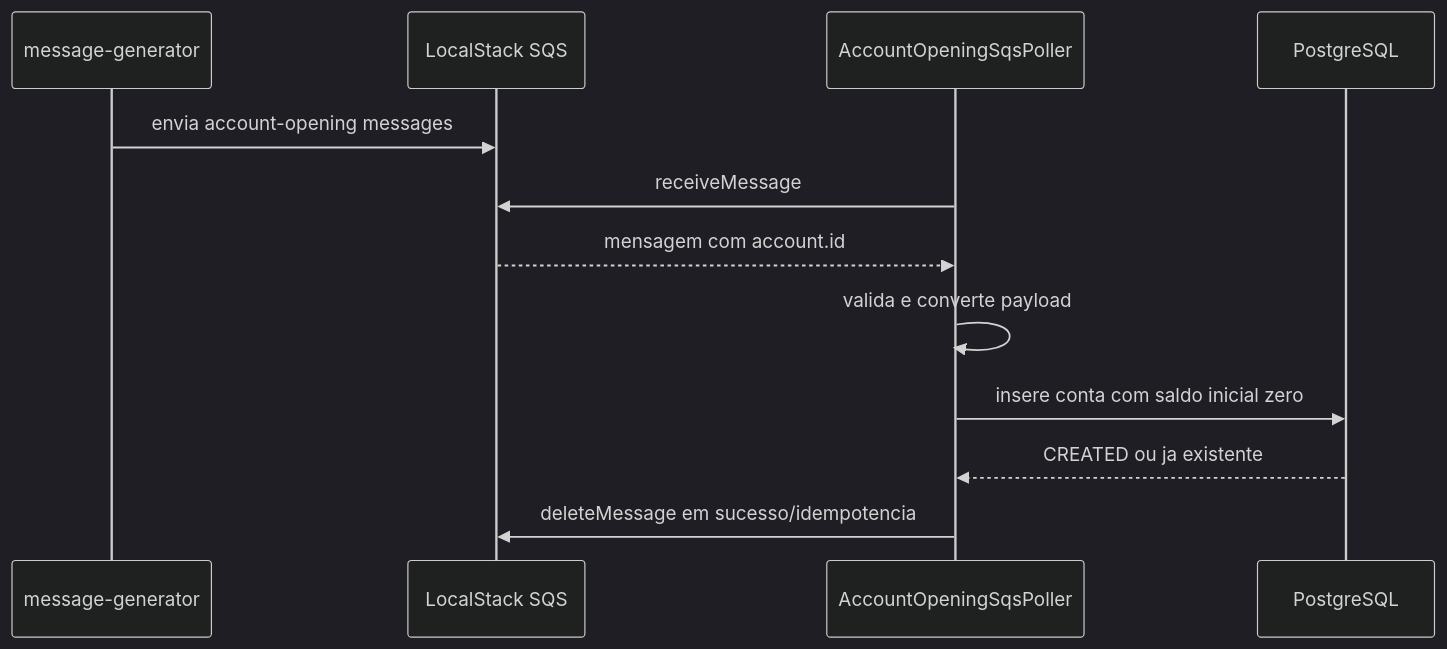
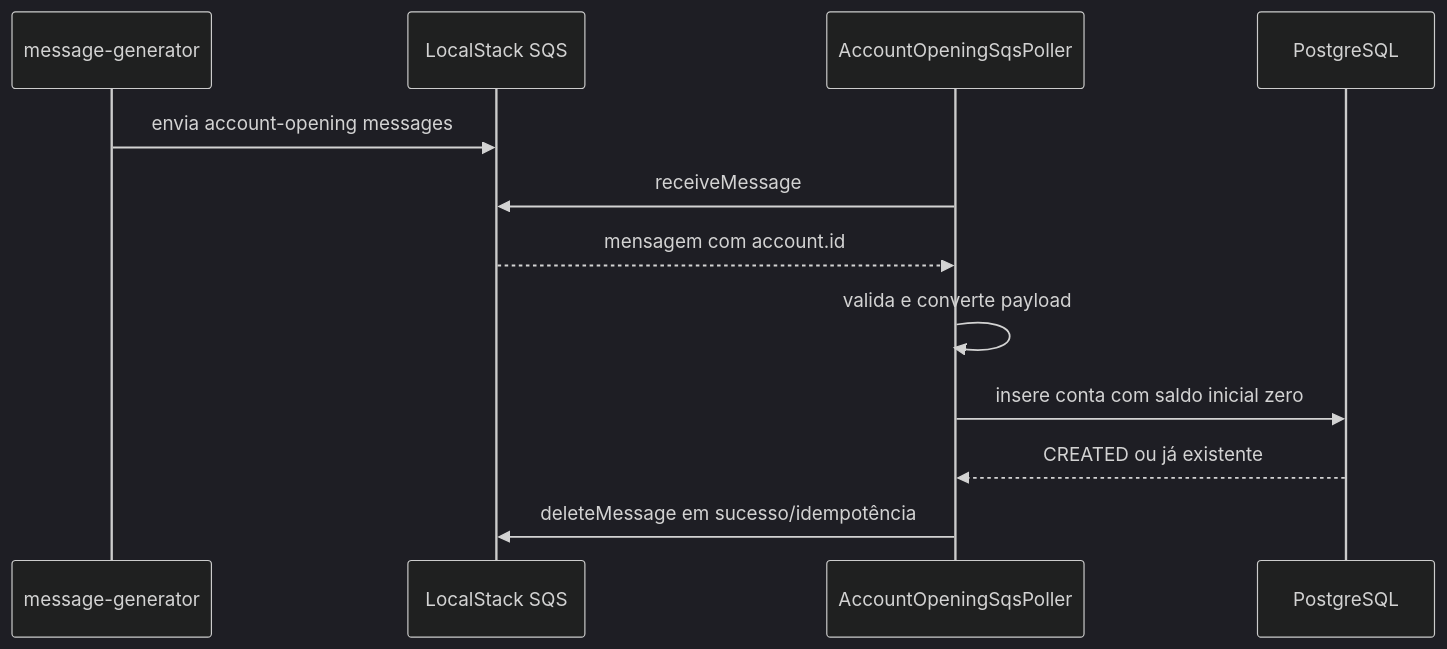
Before and after one commit to lstavares/account-movement-authorizer: the second of 4 diagrams in docs/architecture.md, drawn with Mermaid (dark theme). The commit also changed other lines of this file and 11 other files, not shown here.

````diff
--- a/docs/architecture.md
+++ b/docs/architecture.md
@@ -16,15 +16,15 @@
 ```mermaid
 sequenceDiagram
     participant Generator as message-generator
     participant SQS as LocalStack SQS
     participant App as AccountOpeningSqsPoller
     participant DB as PostgreSQL
 
     Generator->>SQS: envia account-opening messages
     App->>SQS: receiveMessage
     SQS-->>App: mensagem com account.id
     App->>App: valida e converte payload
     App->>DB: insere conta com saldo inicial zero
-    DB-->>App: CREATED ou ja existente
-    App->>SQS: deleteMessage em sucesso/idempotencia
+    DB-->>App: CREATED ou já existente
+    App->>SQS: deleteMessage em sucesso/idempotência
 ```
````
